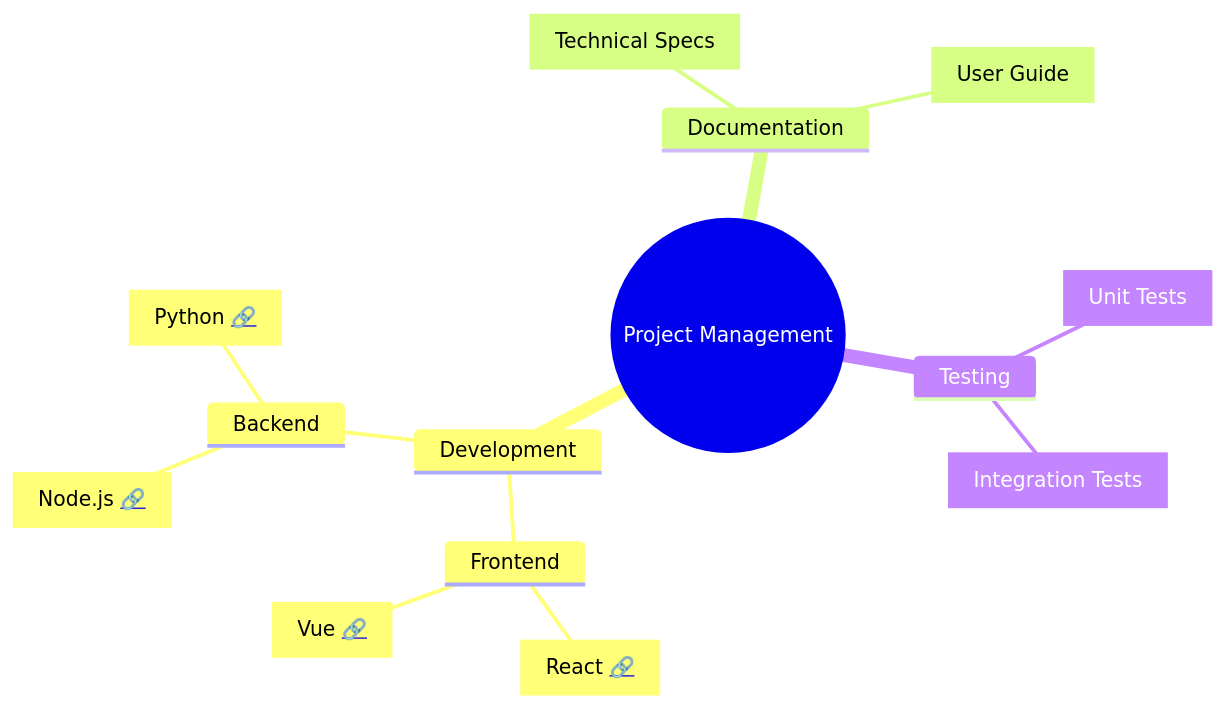
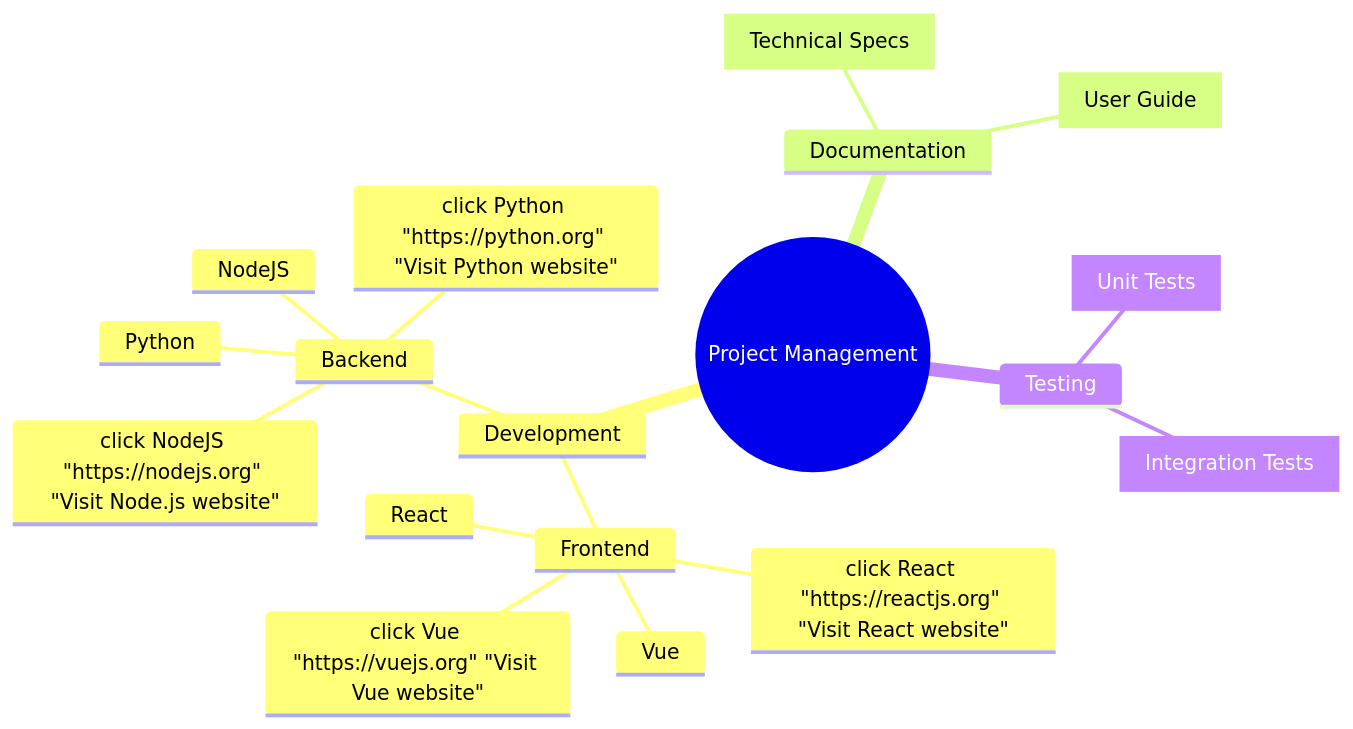
The diagram in sample_graph.md (axmakarov/datalytics), drawn with Mermaid before and after one commit.

````diff
--- a/sample_graph.md
+++ b/sample_graph.md
@@ -1,17 +1,21 @@
 ```mermaid
 mindmap
     root((Project Management))
         Development
             Frontend
-                React[React <a href='https://reactjs.org'>🔗</a>]
-                Vue[Vue <a href='https://vuejs.org'>🔗</a>]
+                React
+                click React "https://reactjs.org" "Visit React website"
+                Vue
+                click Vue "https://vuejs.org" "Visit Vue website"
             Backend
-                NodeJS[Node.js <a href='https://nodejs.org'>🔗</a>]
-                Python[Python <a href='https://python.org'>🔗</a>]
+                NodeJS
+                click NodeJS "https://nodejs.org" "Visit Node.js website"
+                Python
+                click Python "https://python.org" "Visit Python website"
         Documentation
             Tech[Technical Specs]
             Guide[User Guide]
         Testing
             Unit[Unit Tests]
             Integration[Integration Tests]
 ```
````
